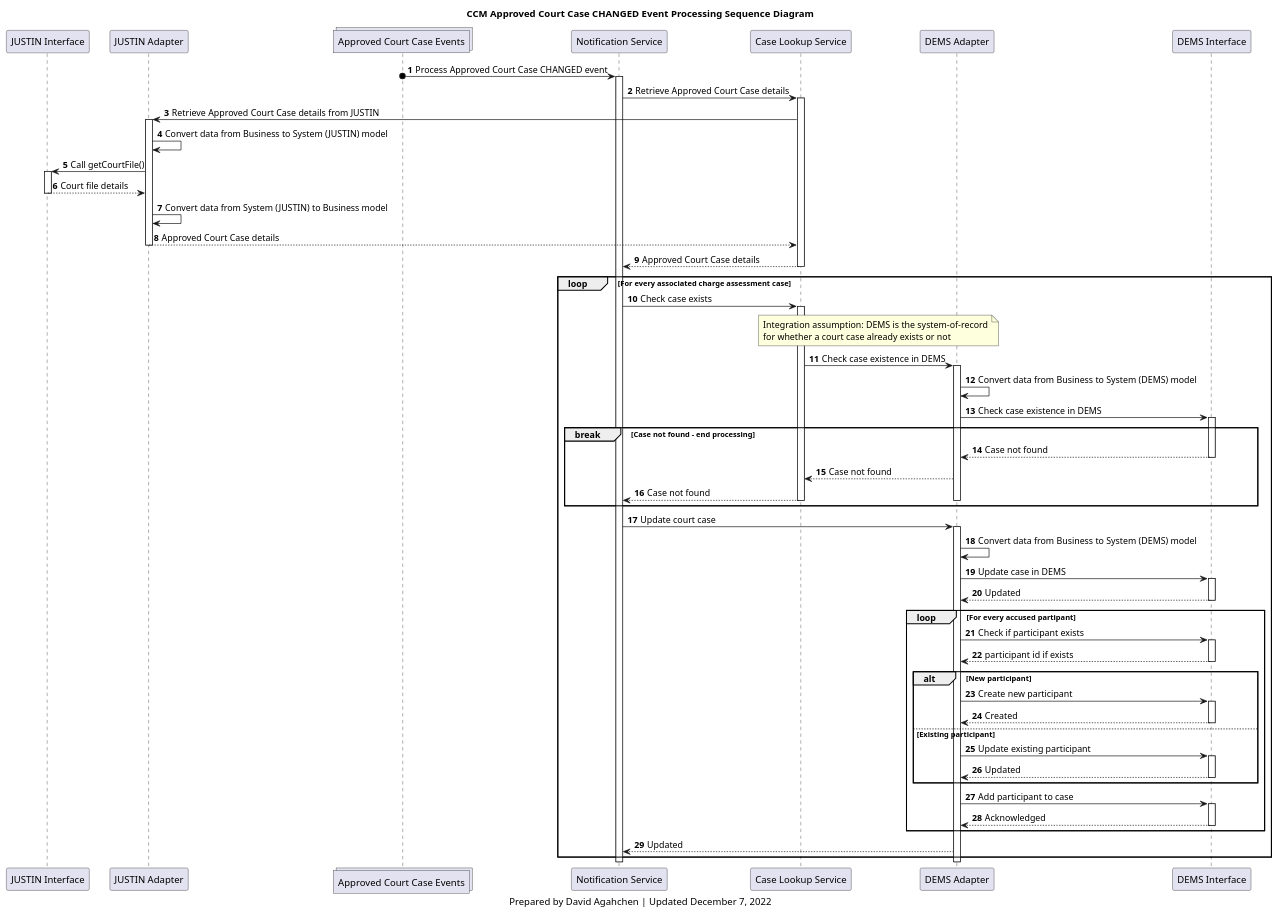
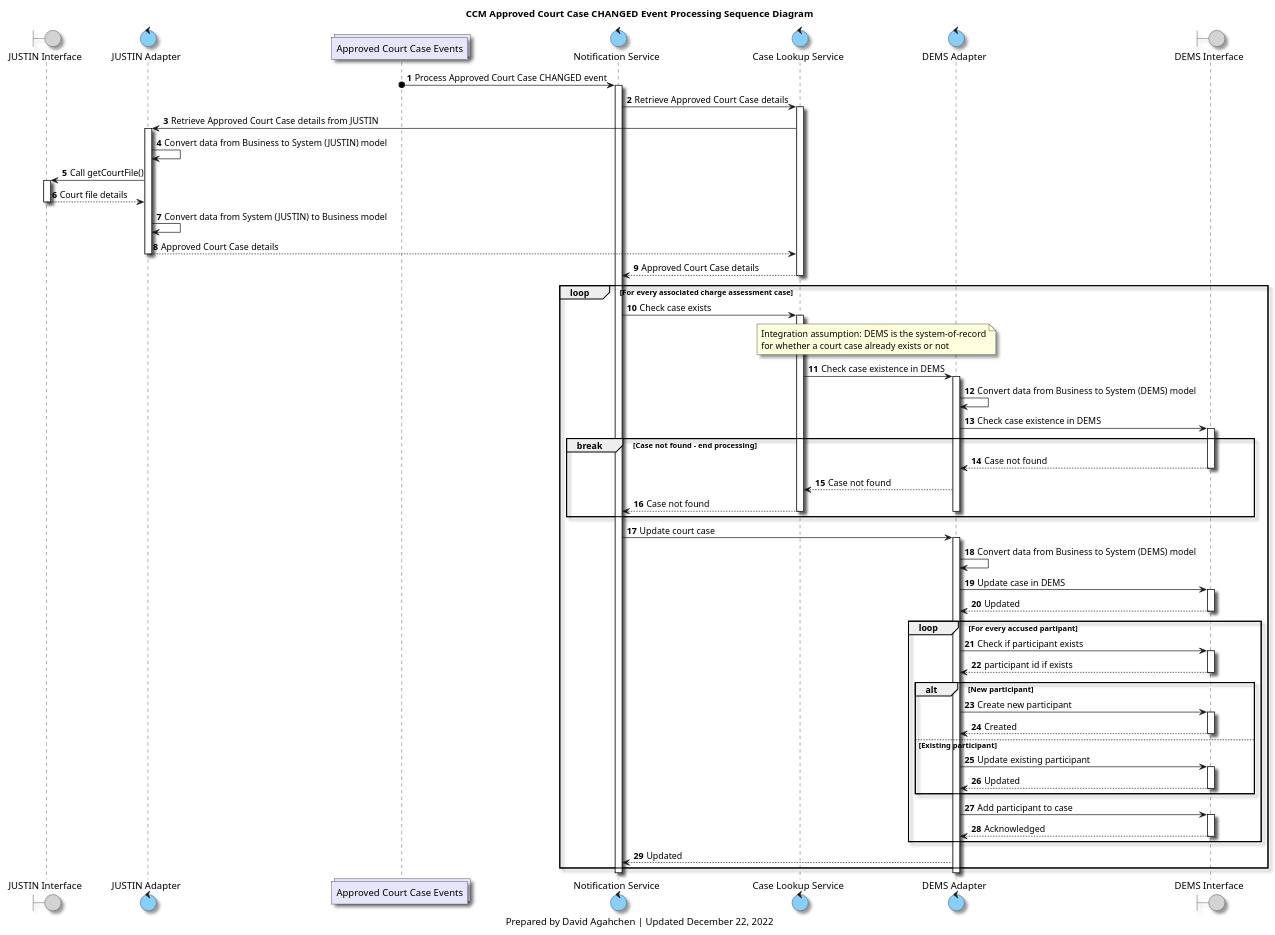
The diagram in diagrams/ccm_approved_court_case_changed_processing_sequence_diagram.plantuml (bcgov/jpss-jade-ccm), drawn with PlantUML before and after one commit. The commit also changed 21 other files, not shown here.

Commit message:
Updated sequence diagrams

```diff
--- a/diagrams/ccm_approved_court_case_changed_processing_sequence_diagram.plantuml
+++ b/diagrams/ccm_approved_court_case_changed_processing_sequence_diagram.plantuml
@@ -1,100 +1,111 @@
 @startuml
 'hide footbox
-participant j_interface as "JUSTIN Interface"
-participant j_adapter as "JUSTIN Adapter"
+
+skinparam Shadowing true
+skinparam CollectionsBackgroundColor Lavender
+skinparam ControlBackgroundColor LightSkyBlue
+skinparam BoundaryBackgroundColor LightGrey
+
+/' 
+Available colours
+https://plantuml-documentation.readthedocs.io/en/latest/formatting/color-names.html
+'/
+
+boundary j_interface as "JUSTIN Interface"
+control j_adapter as "JUSTIN Adapter"
 collections approved_court_case_topic as "Approved Court Case Events"
-participant notification_service as "Notification Service"
-participant lookup_service as "Case Lookup Service"
-participant d_adapter as "DEMS Adapter"
-participant d_interface as "DEMS Interface"
+control notification_service as "Notification Service"
+control lookup_service as "Case Lookup Service"
+control d_adapter as "DEMS Adapter"
+boundary d_interface as "DEMS Interface"
 
 title
 CCM Approved Court Case CHANGED Event Processing Sequence Diagram
 end title
 
 autonumber
 
 approved_court_case_topic o-> notification_service: Process Approved Court Case CHANGED event
 activate notification_service
 
 notification_service -> lookup_service: Retrieve Approved Court Case details
 activate lookup_service
 lookup_service -> j_adapter: Retrieve Approved Court Case details from JUSTIN
 
 activate j_adapter
 j_adapter -> j_adapter: Convert data from Business to System (JUSTIN) model
 j_adapter -> j_interface: Call getCourtFile()
 activate j_interface
 j_interface --> j_adapter: Court file details
 deactivate j_interface
 j_adapter -> j_adapter: Convert data from System (JUSTIN) to Business model
 j_adapter --> lookup_service: Approved Court Case details
 deactivate j_adapter
 
 lookup_service --> notification_service: Approved Court Case details
 deactivate lookup_service
 
 loop For every associated charge assessment case
 
     notification_service -> lookup_service: Check case exists
     activate lookup_service
     note over lookup_service, d_adapter
     Integration assumption: DEMS is the system-of-record
     for whether a court case already exists or not
     end note
     lookup_service -> d_adapter: Check case existence in DEMS
     activate d_adapter
     d_adapter -> d_adapter: Convert data from Business to System (DEMS) model
     d_adapter -> d_interface: Check case existence in DEMS
     activate d_interface
 
     break Case not found - end processing
     d_interface --> d_adapter: Case not found
     deactivate d_interface
     d_adapter --> lookup_service: Case not found
     lookup_service --> notification_service: Case not found
     deactivate lookup_service
     deactivate d_adapter
     end break
 
     notification_service -> d_adapter: Update court case
     activate d_adapter
     d_adapter -> d_adapter: Convert data from Business to System (DEMS) model
     d_adapter -> d_interface: Update case in DEMS
     activate d_interface
     d_interface --> d_adapter: Updated
     deactivate d_interface
 
     loop For every accused partipant
         d_adapter -> d_interface: Check if participant exists
         activate d_interface
         d_interface --> d_adapter: participant id if exists
         deactivate d_interface
         alt New participant
             d_adapter -> d_interface: Create new participant
             activate d_interface
             d_interface --> d_adapter: Created
             deactivate d_interface
         else Existing participant
             d_adapter -> d_interface: Update existing participant
             activate d_interface
             d_interface --> d_adapter: Updated
             deactivate d_interface
         end
         d_adapter -> d_interface: Add participant to case
         activate d_interface
         d_interface --> d_adapter: Acknowledged
         deactivate d_interface
     end
 
     d_adapter --> notification_service: Updated
 end loop
 
 deactivate d_adapter
 
 deactivate notification_service
 
 caption
-Prepared by David Agahchen | Updated December 7, 2022
+Prepared by David Agahchen | Updated December 22, 2022
 end caption
 @enduml
```
